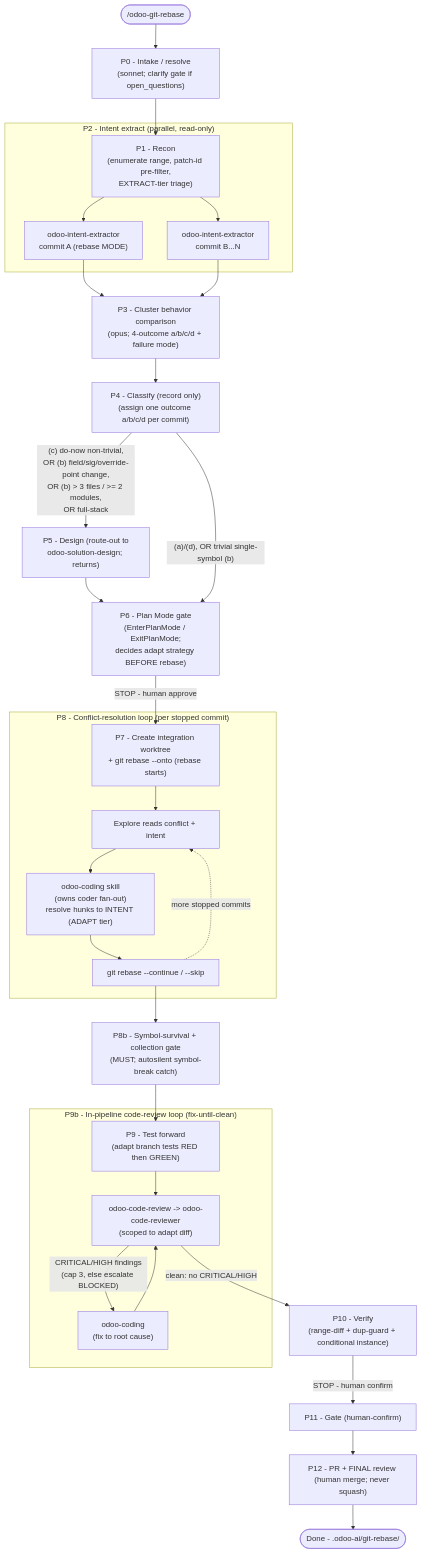
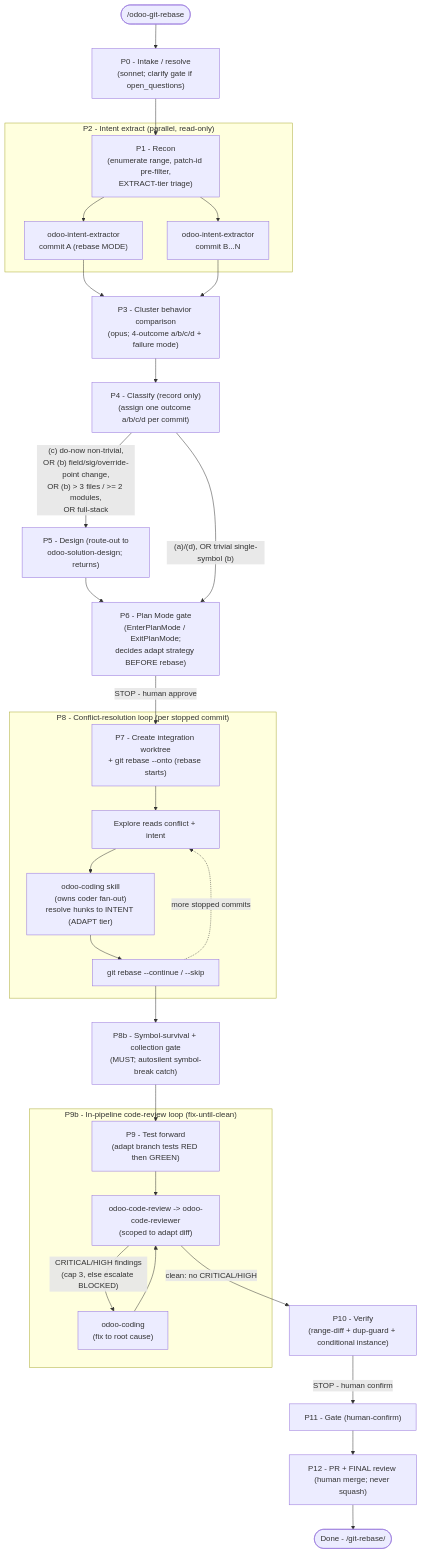
The sixth of 9 diagrams in plugins/odoo-ai-agents/README.md (Viindoo/odoo-mcp-client), drawn with Mermaid before and after one commit. The commit also changed other lines of this file and 9 other files, not shown here.

````diff
--- a/plugins/odoo-ai-agents/README.md
+++ b/plugins/odoo-ai-agents/README.md
@@ -426,41 +426,41 @@
 ```mermaid
 flowchart TD
     START(["/odoo-git-rebase"])
     START --> P0["P0 - Intake / resolve<br/>(sonnet; clarify gate if open_questions)"]
     P0 --> P1["P1 - Recon<br/>(enumerate range, patch-id pre-filter,<br/>EXTRACT-tier triage)"]
 
     subgraph P2_grp["P2 - Intent extract (parallel, read-only)"]
         P1 --> IE1["odoo-intent-extractor<br/>commit A (rebase MODE)"]
         P1 --> IE2["odoo-intent-extractor<br/>commit B...N"]
     end
 
     IE1 --> P3["P3 - Cluster behavior comparison<br/>(opus; 4-outcome a/b/c/d + failure mode)"]
     IE2 --> P3
     P3 --> P4["P4 - Classify (record only)<br/>(assign one outcome a/b/c/d per commit)"]
 
     P4 -->|"(c) do-now non-trivial,<br/>OR (b) field/sig/override-point change,<br/>OR (b) > 3 files / >= 2 modules,<br/>OR full-stack"| P5["P5 - Design (route-out to<br/>odoo-solution-design; returns)"]
     P5 --> P6_gate
     P4 -->|"(a)/(d), OR trivial single-symbol (b)"| P6_gate["P6 - Plan Mode gate<br/>(EnterPlanMode / ExitPlanMode;<br/>decides adapt strategy BEFORE rebase)"]
     P6_gate -->|"STOP - human approve"| P7["P7 - Create integration worktree<br/>+ git rebase --onto (rebase starts)"]
 
     subgraph P8_grp["P8 - Conflict-resolution loop (per stopped commit)"]
         P7 --> CR1["Explore reads conflict + intent"]
         CR1 --> CR2["odoo-coding skill<br/>(owns coder fan-out)<br/>resolve hunks to INTENT (ADAPT tier)"]
         CR2 --> CR3["git rebase --continue / --skip"]
         CR3 -.->|"more stopped commits"| CR1
     end
 
     CR3 --> P8b["P8b - Symbol-survival + collection gate<br/>(MUST; autosilent symbol-break catch)"]
     P8b --> P9["P9 - Test forward<br/>(adapt branch tests RED then GREEN)"]
 
     subgraph P9b_grp["P9b - In-pipeline code-review loop (fix-until-clean)"]
         P9 --> RV["odoo-code-review -> odoo-code-reviewer<br/>(scoped to adapt diff)"]
         RV -->|"CRITICAL/HIGH findings<br/>(cap 3, else escalate BLOCKED)"| FX["odoo-coding<br/>(fix to root cause)"]
         FX --> RV
     end
 
     RV -->|"clean: no CRITICAL/HIGH"| P10["P10 - Verify<br/>(range-diff + dup-guard + conditional instance)"]
     P10 -->|"STOP - human confirm"| P11["P11 - Gate (human-confirm)"]
     P11 --> P12["P12 - PR + FINAL review (human merge; never squash)"]
-    P12 --> DONE(["Done - .odoo-ai/git-rebase/"])
+    P12 --> DONE(["Done - <ISOLATE_DIR>/git-rebase/"])
 ```
````
